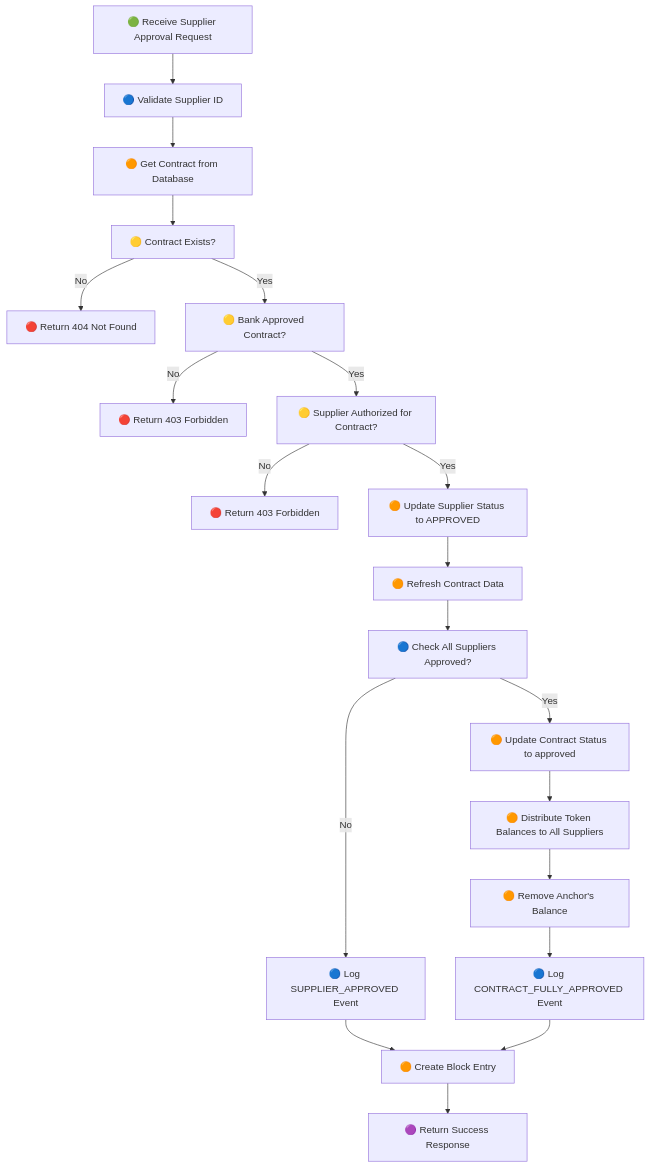
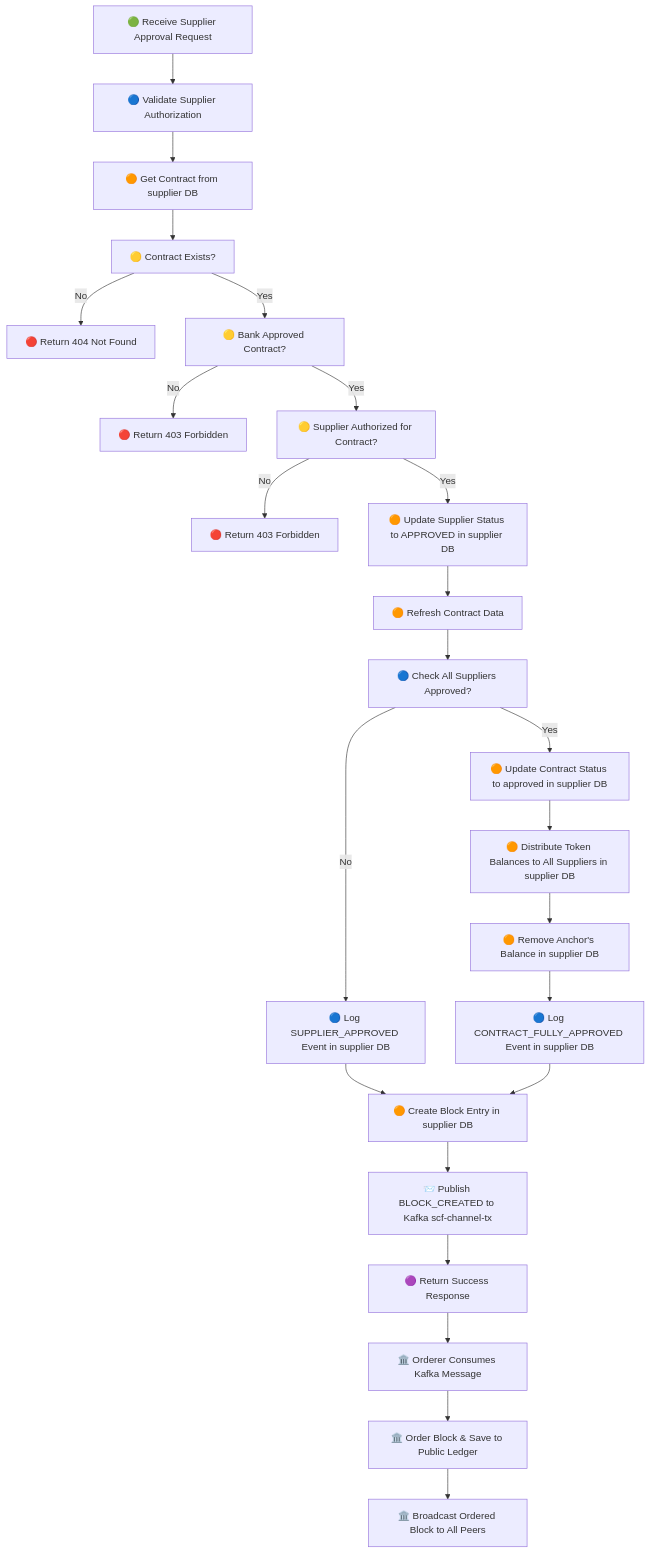
One commit to trunghc97/blockchain changed the third of 19 diagrams in API_Flow_Diagrams.md. Above: the diagram before and after it, drawn with Mermaid. The commit also changed other lines of this file and 4 other files, not shown here.

````diff
--- a/API_Flow_Diagrams.md
+++ b/API_Flow_Diagrams.md
@@ -50,22 +79,27 @@
 ```mermaid
 flowchart TD
-    A[🟢 Receive Supplier Approval Request] --> B[🔵 Validate Supplier ID]
-    B --> C[🟠 Get Contract from Database]
+    A[🟢 Receive Supplier Approval Request] --> B[🔵 Validate Supplier Authorization]
+    B --> C[🟠 Get Contract from supplier DB]
     C --> D[🟡 Contract Exists?]
     D -->|No| E[🔴 Return 404 Not Found]
     D -->|Yes| F[🟡 Bank Approved Contract?]
     F -->|No| G[🔴 Return 403 Forbidden]
     F -->|Yes| H[🟡 Supplier Authorized for Contract?]
     H -->|No| I[🔴 Return 403 Forbidden]
-    H -->|Yes| J[🟠 Update Supplier Status to APPROVED]
+    H -->|Yes| J[🟠 Update Supplier Status to APPROVED in supplier DB]
     J --> K[🟠 Refresh Contract Data]
     K --> L[🔵 Check All Suppliers Approved?]
-    L -->|No| M[🔵 Log SUPPLIER_APPROVED Event]
-    L -->|Yes| N[🟠 Update Contract Status to approved]
-    N --> O[🟠 Distribute Token Balances to All Suppliers]
-    O --> P[🟠 Remove Anchor's Balance]
-    P --> Q[🔵 Log CONTRACT_FULLY_APPROVED Event]
-    M --> R[🟠 Create Block Entry]
+    L -->|No| M[🔵 Log SUPPLIER_APPROVED Event in supplier DB]
+    L -->|Yes| N[🟠 Update Contract Status to approved in supplier DB]
+    N --> O[🟠 Distribute Token Balances to All Suppliers in supplier DB]
+    O --> P[🟠 Remove Anchor's Balance in supplier DB]
+    P --> Q[🔵 Log CONTRACT_FULLY_APPROVED Event in supplier DB]
+    M --> R[🟠 Create Block Entry in supplier DB]
     Q --> R
-    R --> S[🟣 Return Success Response]
+    R --> S[📨 Publish BLOCK_CREATED to Kafka scf-channel-tx]
+    S --> T[🟣 Return Success Response]
+
+    T --> U[🏛️ Orderer Consumes Kafka Message]
+    U --> V[🏛️ Order Block & Save to Public Ledger]
+    V --> W[🏛️ Broadcast Ordered Block to All Peers]
 ```
````
